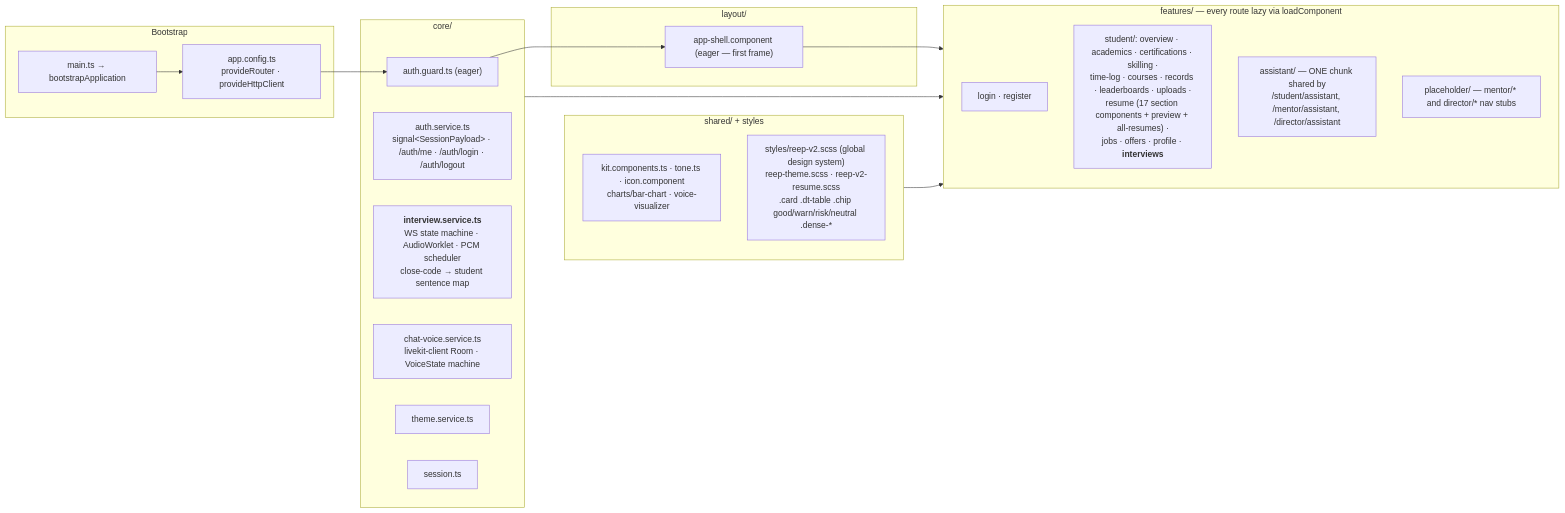
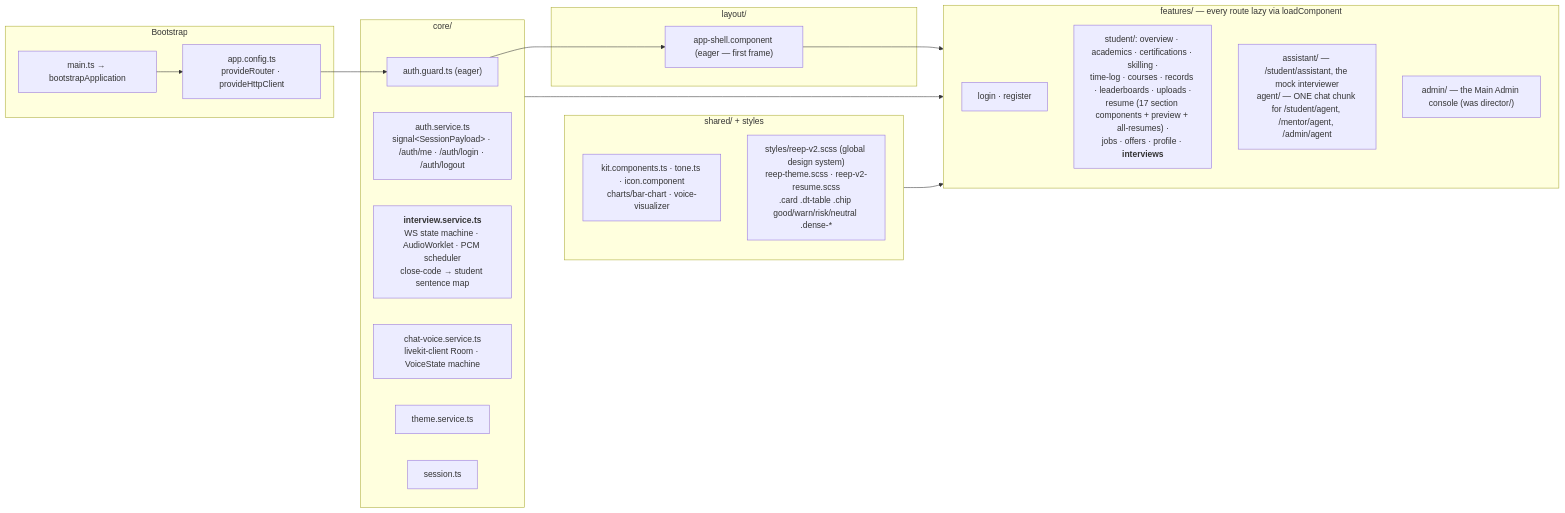
Before and after one commit to darshani8/reep-: the second of 13 diagrams in docs/architecture.md, drawn with Mermaid. The commit also changed other lines of this file and 19 other files, not shown here.

````diff
--- a/docs/architecture.md
+++ b/docs/architecture.md
@@ -133,31 +137,31 @@
 ```mermaid
 flowchart LR
     subgraph boot["Bootstrap"]
         M["main.ts → bootstrapApplication"]
         CFG["app.config.ts<br/>provideRouter · provideHttpClient"]
     end
     subgraph core["core/"]
         AG["auth.guard.ts (eager)"]
         AS["auth.service.ts<br/>signal&lt;SessionPayload&gt; · /auth/me · /auth/login · /auth/logout"]
         IS["<b>interview.service.ts</b><br/>WS state machine · AudioWorklet · PCM scheduler<br/>close-code → student sentence map"]
         CV["chat-voice.service.ts<br/>livekit-client Room · VoiceState machine"]
         TH["theme.service.ts"]
         SE["session.ts"]
     end
     subgraph shell["layout/"]
         SH["app-shell.component (eager — first frame)"]
     end
     subgraph feats["features/ — every route lazy via loadComponent"]
         L["login · register"]
         ST["student/: overview · academics · certifications · skilling ·<br/>time-log · courses · records · leaderboards · uploads ·<br/>resume (17 section components + preview + all-resumes) ·<br/>jobs · offers · profile · <b>interviews</b>"]
-        AST["assistant/ — ONE chunk shared by<br/>/student/assistant, /mentor/assistant, /director/assistant"]
-        PH["placeholder/ — mentor/* and director/* nav stubs"]
+        AST["assistant/ — /student/assistant, the mock interviewer<br/>agent/ — ONE chat chunk for /student/agent, /mentor/agent, /admin/agent"]
+        AD["admin/ — the Main Admin console (was director/)"]
     end
     subgraph shared["shared/ + styles"]
         KIT["kit.components.ts · tone.ts · icon.component<br/>charts/bar-chart · voice-visualizer"]
         CSS["styles/reep-v2.scss (global design system)<br/>reep-theme.scss · reep-v2-resume.scss<br/>.card .dt-table .chip good/warn/risk/neutral .dense-*"]
     end
     M --> CFG --> AG --> SH --> feats
     core --> feats
     shared --> feats
 ```
````
